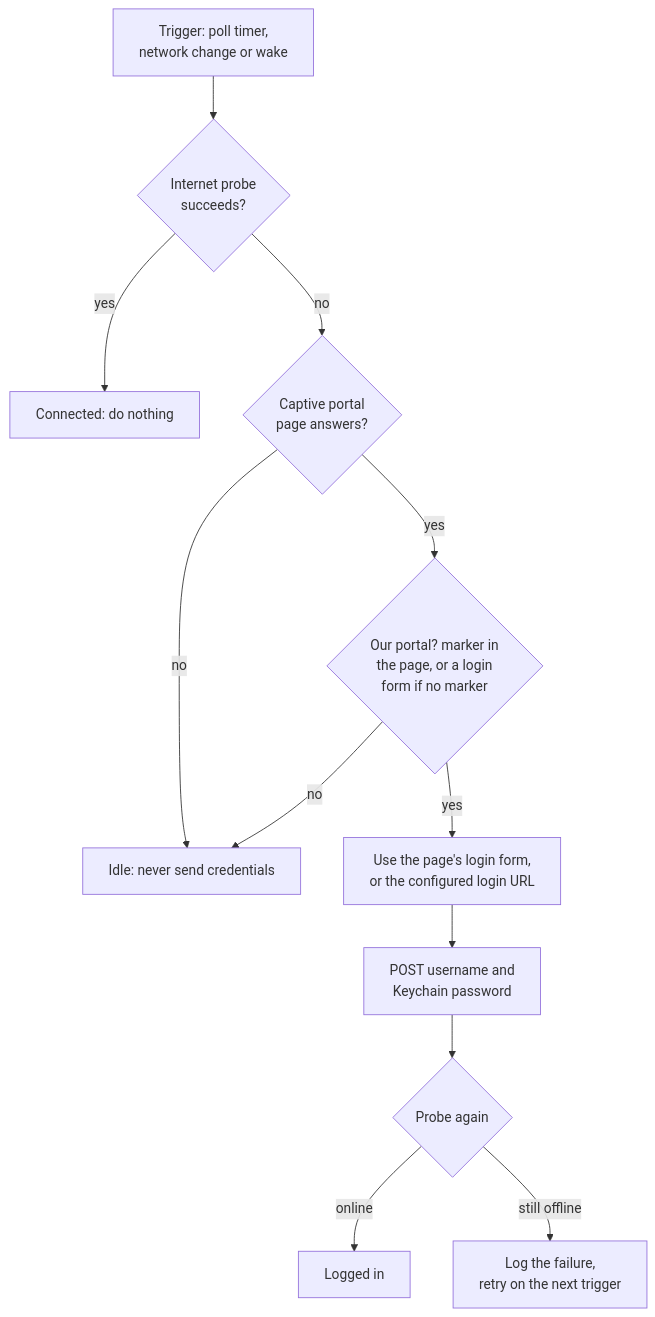
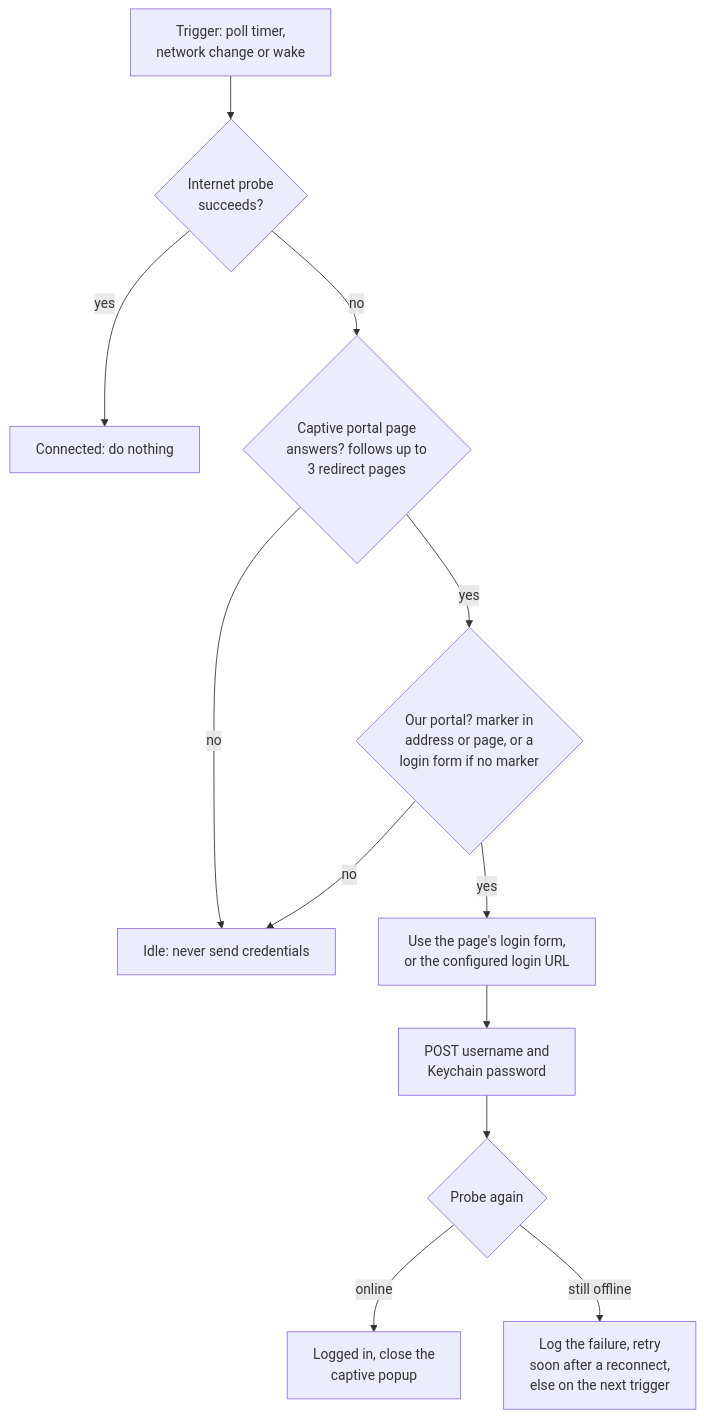
The first of 2 diagrams in README.md (davidwidagdo/wifi-butler), drawn with Mermaid before and after one commit. The commit also changed other lines of this file and 1 other file, not shown here.

Commit message:
docs(readme-portal): describe retries, redirect pages and the captive popup

````diff
--- a/README.md
+++ b/README.md
@@ -36,14 +36,14 @@
 ```mermaid
 flowchart TD
   T[Trigger: poll timer,<br/>network change or wake] --> P{Internet probe<br/>succeeds?}
   P -->|yes| C[Connected: do nothing]
-  P -->|no| G{Captive portal<br/>page answers?}
+  P -->|no| G{Captive portal page<br/>answers? follows up to<br/>3 redirect pages}
   G -->|no| I[Idle: never send credentials]
-  G -->|yes| M{Our portal? marker in<br/>the page, or a login<br/>form if no marker}
+  G -->|yes| M{Our portal? marker in<br/>address or page, or a<br/>login form if no marker}
   M -->|no| I
   M -->|yes| F[Use the page's login form,<br/>or the configured login URL]
   F --> L[POST username and<br/>Keychain password]
   L --> R{Probe again}
-  R -->|online| OK[Logged in]
-  R -->|still offline| X[Log the failure,<br/>retry on the next trigger]
+  R -->|online| OK[Logged in, close the<br/>captive popup]
+  R -->|still offline| X[Log the failure, retry<br/>soon after a reconnect,<br/>else on the next trigger]
 ```
````
